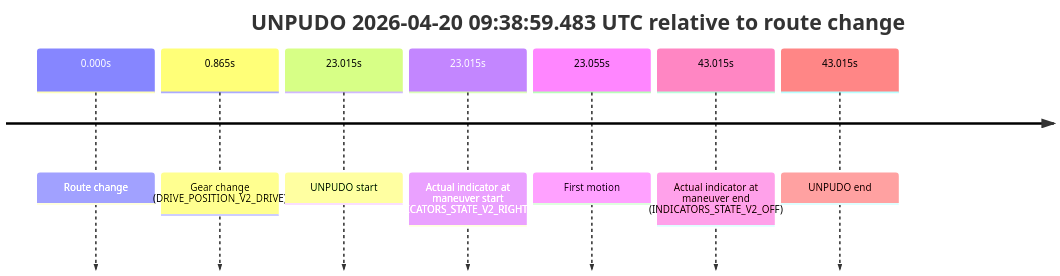
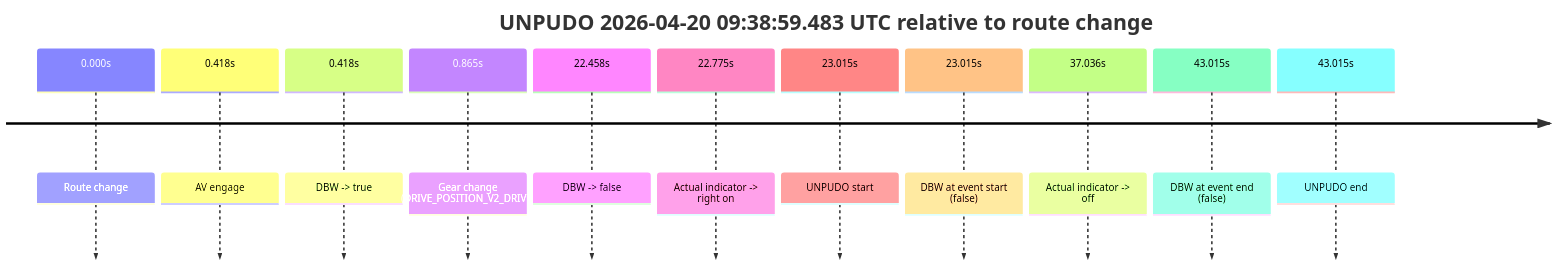
One commit to yoelshapiro/vault changed the eighth of 8 diagrams in model_analysis/report_cards/2026/04/Week-4/fme20007--2026-04-20--08-33-29--gen2-av-606e1613-95e0-41ca-aff3-36aa6590a0a1.md. Above: the diagram before and after it, drawn with Mermaid. The commit also changed other lines of this file and 85 other files, not shown here.

````diff
--- a/model_analysis/report_cards/2026/04/Week-4/fme20007--2026-04-20--08-33-29--gen2-av-606e1613-95e0-41ca-aff3-36aa6590a0a1.md
+++ b/model_analysis/report_cards/2026/04/Week-4/fme20007--2026-04-20--08-33-29--gen2-av-606e1613-95e0-41ca-aff3-36aa6590a0a1.md
@@ -628,11 +697,15 @@
 ```mermaid
 timeline
     title UNPUDO 2026-04-20 09:38:59.483 UTC relative to route change
     0.000s : Route change
+    0.418s : AV engage
+    0.418s : DBW -> true
     0.865s : Gear change (DRIVE_POSITION_V2_DRIVE)
+    22.458s : DBW -> false
+    22.775s : Actual indicator -> right on
     23.015s : UNPUDO start
-    23.015s : Actual indicator at maneuver start (INDICATORS_STATE_V2_RIGHT_ON)
-    23.055s : First motion
-    43.015s : Actual indicator at maneuver end (INDICATORS_STATE_V2_OFF)
+    23.015s : DBW at event start (false)
+    37.036s : Actual indicator -> off
+    43.015s : DBW at event end (false)
     43.015s : UNPUDO end
 ```
````
